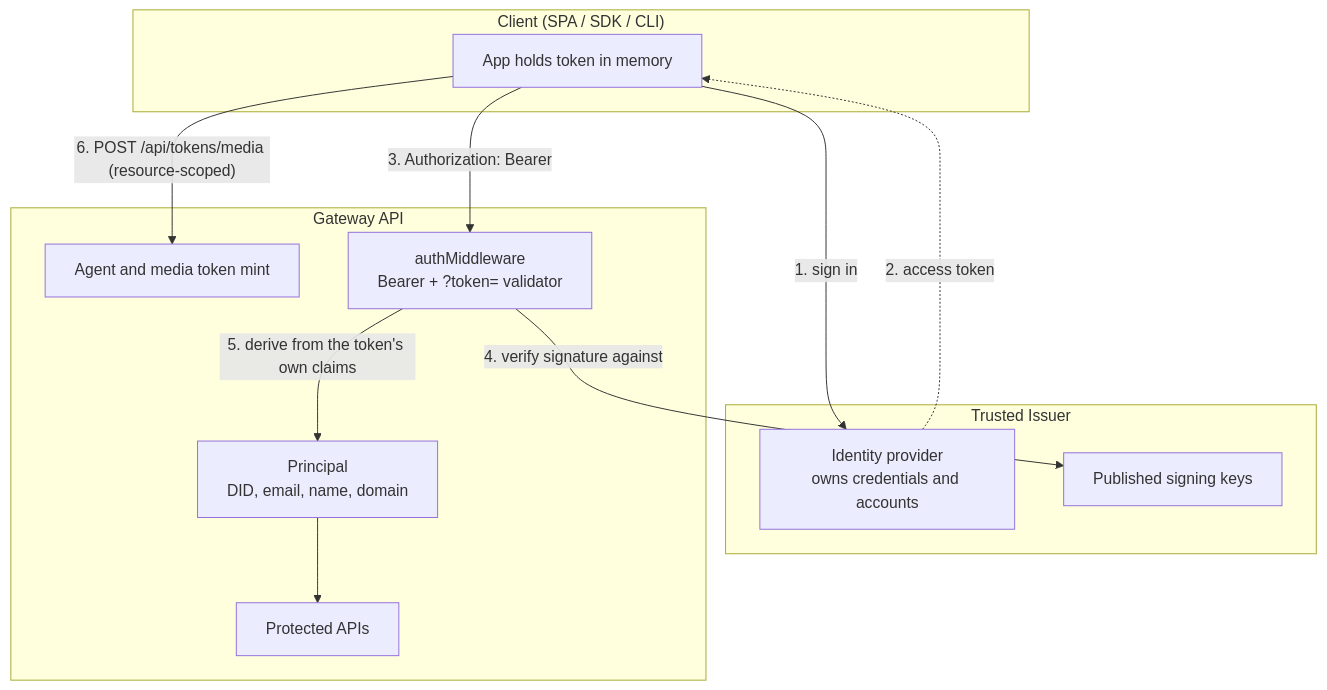
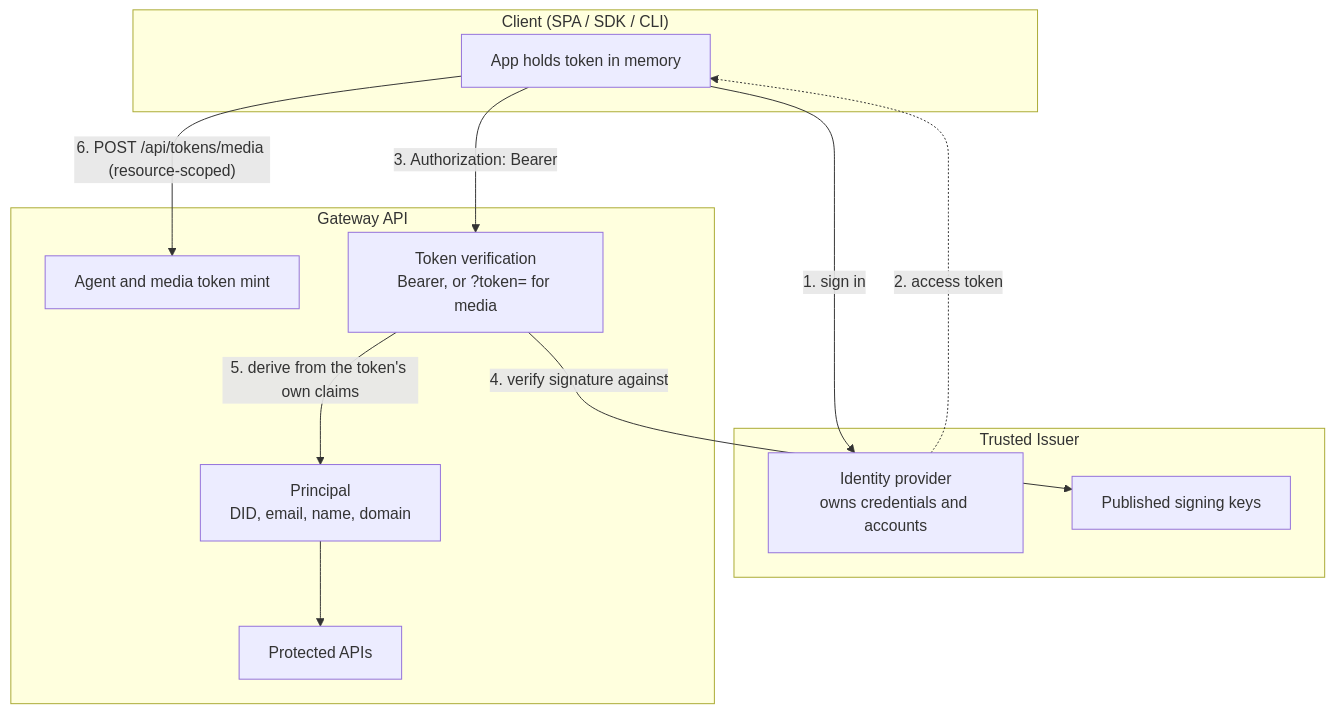
Before and after one commit to The-AI-Alliance/semiont: the diagram in docs/operator/administration/AUTHENTICATION.md, drawn with Mermaid. The commit also changed other lines of this file and 28 other files, not shown here.

````diff
--- a/docs/operator/administration/AUTHENTICATION.md
+++ b/docs/operator/administration/AUTHENTICATION.md
@@ -21,27 +17,27 @@
 ```mermaid
 graph TB
     subgraph "Client (SPA / SDK / CLI)"
         App[App holds token in memory]
     end
 
     subgraph "Trusted Issuer"
         IdP[Identity provider<br/>owns credentials and accounts]
         JWKS[Published signing keys]
     end
 
     subgraph "Gateway API"
         TokenGen[Agent and media token mint]
-        MW[authMiddleware<br/>Bearer + ?token= validator]
+        MW[Token verification<br/>Bearer, or ?token= for media]
         Principal[Principal<br/>DID, email, name, domain]
         API[Protected APIs]
     end
 
     App -->|"1. sign in"| IdP
     IdP -.->|"2. access token"| App
 
     App -->|"3. Authorization: Bearer <token>"| MW
     MW -->|"4. verify signature against"| JWKS
     MW -->|"5. derive from the token's own claims"| Principal
     Principal --> API
     App -->|"6. POST /api/tokens/media (resource-scoped)"| TokenGen
 ```
````
